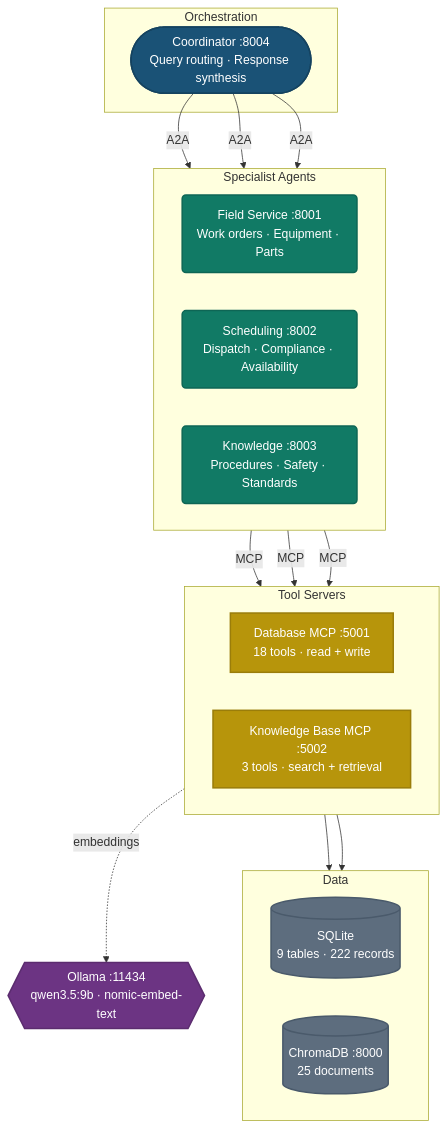
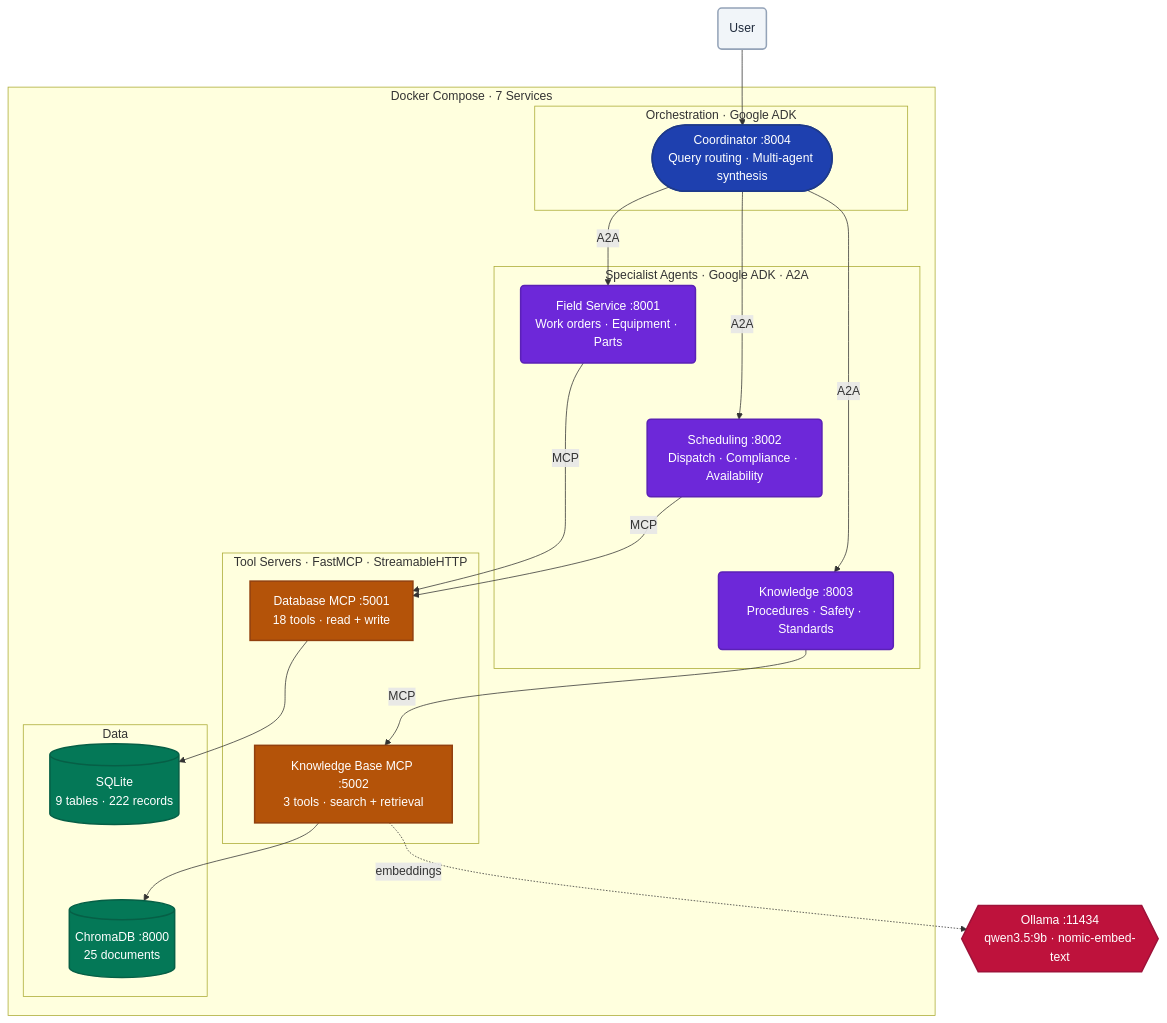
One commit to tssarathi/microfactory changed the diagram in README.md. Above: the diagram before and after it, drawn with Mermaid. The commit also changed other lines of this file, not shown here.

Commit message:
docs(README): enhance architecture diagram

````diff
--- a/README.md
+++ b/README.md
@@ -15,51 +15,59 @@
 ```mermaid
 flowchart TD
-    subgraph orchestration ["Orchestration"]
-        COORD(["Coordinator :8004<br>Query routing · Response synthesis"])
-    end
+    USER("User")
 
-    subgraph agents ["Specialist Agents"]
-        direction LR
-        FS("Field Service :8001<br>Work orders · Equipment · Parts")
-        SCHED("Scheduling :8002<br>Dispatch · Compliance · Availability")
-        KNOW("Knowledge :8003<br>Procedures · Safety · Standards")
-    end
+    subgraph docker ["Docker Compose · 7 Services"]
+        subgraph orch ["Orchestration · Google ADK"]
+            COORD(["Coordinator :8004<br>Query routing · Multi-agent synthesis"])
+        end
 
-    subgraph tools ["Tool Servers"]
-        direction LR
-        DB_MCP["Database MCP :5001<br>18 tools · read + write"]
-        KB_MCP["Knowledge Base MCP :5002<br>3 tools · search + retrieval"]
-    end
+        subgraph agents ["Specialist Agents · Google ADK · A2A"]
+            FS("Field Service :8001<br>Work orders · Equipment · Parts")
+            SCHED("Scheduling :8002<br>Dispatch · Compliance · Availability")
+            KNOW("Knowledge :8003<br>Procedures · Safety · Standards")
+        end
 
-    subgraph data ["Data"]
-        direction LR
-        SQLITE[("SQLite<br>9 tables · 222 records")]
-        CHROMA[("ChromaDB :8000<br>25 documents")]
+        subgraph tools ["Tool Servers · FastMCP · StreamableHTTP"]
+            DB_MCP["Database MCP :5001<br>18 tools · read + write"]
+            KB_MCP["Knowledge Base MCP :5002<br>3 tools · search + retrieval"]
+        end
+
+        subgraph data ["Data"]
+            SQLITE[("SQLite<br>9 tables · 222 records")]
+            CHROMA[("ChromaDB :8000<br>25 documents")]
+        end
     end
 
     OLLAMA{{"Ollama :11434<br>qwen3.5:9b · nomic-embed-text"}}
 
+    USER --> COORD
     COORD -->|"A2A"| FS
     COORD -->|"A2A"| SCHED
     COORD -->|"A2A"| KNOW
 
     FS -->|"MCP"| DB_MCP
     SCHED -->|"MCP"| DB_MCP
     KNOW -->|"MCP"| KB_MCP
 
     DB_MCP --> SQLITE
     KB_MCP --> CHROMA
     KB_MCP -. "embeddings" .-> OLLAMA
 
-    classDef coord fill:#1a5276,stroke:#154360,color:#fff,stroke-width:2px
-    classDef agent fill:#117a65,stroke:#0e6655,color:#fff,stroke-width:2px
-    classDef tool fill:#b7950b,stroke:#9a7d0a,color:#fff,stroke-width:2px
-    classDef store fill:#5d6d7e,stroke:#4a5a6b,color:#fff,stroke-width:2px
-    classDef infra fill:#6c3483,stroke:#5b2c6f,color:#fff,stroke-width:2px
+    FS ~~~ SCHED ~~~ KNOW
+    DB_MCP ~~~ KB_MCP
+    SQLITE ~~~ CHROMA
 
+    classDef user fill:#f1f5f9,stroke:#94a3b8,color:#1e293b,stroke-width:2px
+    classDef coord fill:#1e40af,stroke:#1e3a8a,color:#fff,stroke-width:2px
+    classDef agent fill:#6d28d9,stroke:#5b21b6,color:#fff,stroke-width:2px
+    classDef tool fill:#b45309,stroke:#92400e,color:#fff,stroke-width:2px
+    classDef store fill:#047857,stroke:#065f46,color:#fff,stroke-width:2px
+    classDef infra fill:#be123c,stroke:#9f1239,color:#fff,stroke-width:2px
+
+    class USER user
     class COORD coord
     class FS,SCHED,KNOW agent
     class DB_MCP,KB_MCP tool
     class SQLITE,CHROMA store
     class OLLAMA infra
 ```
````
